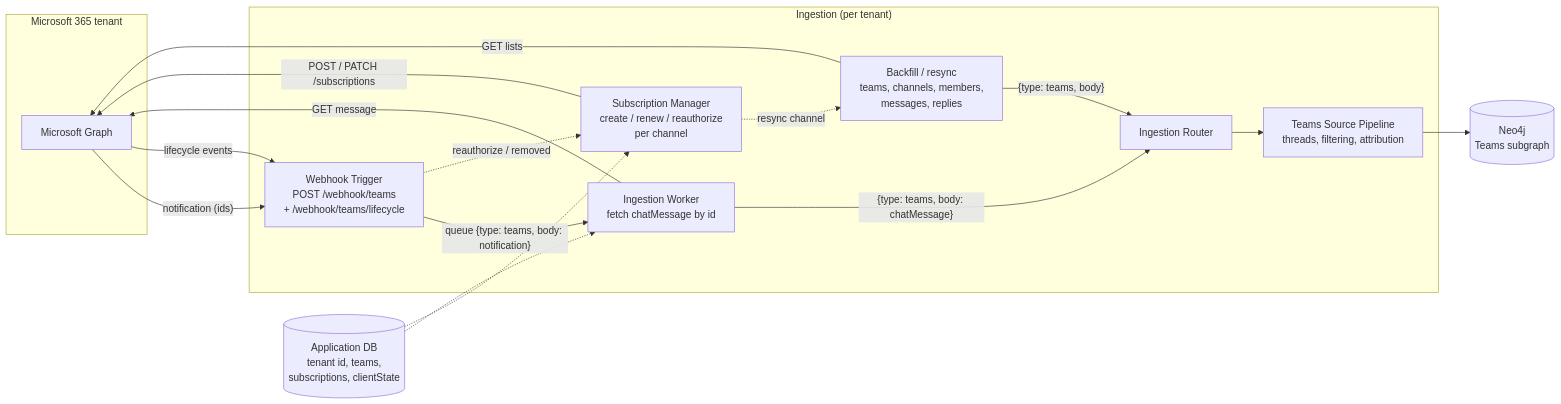
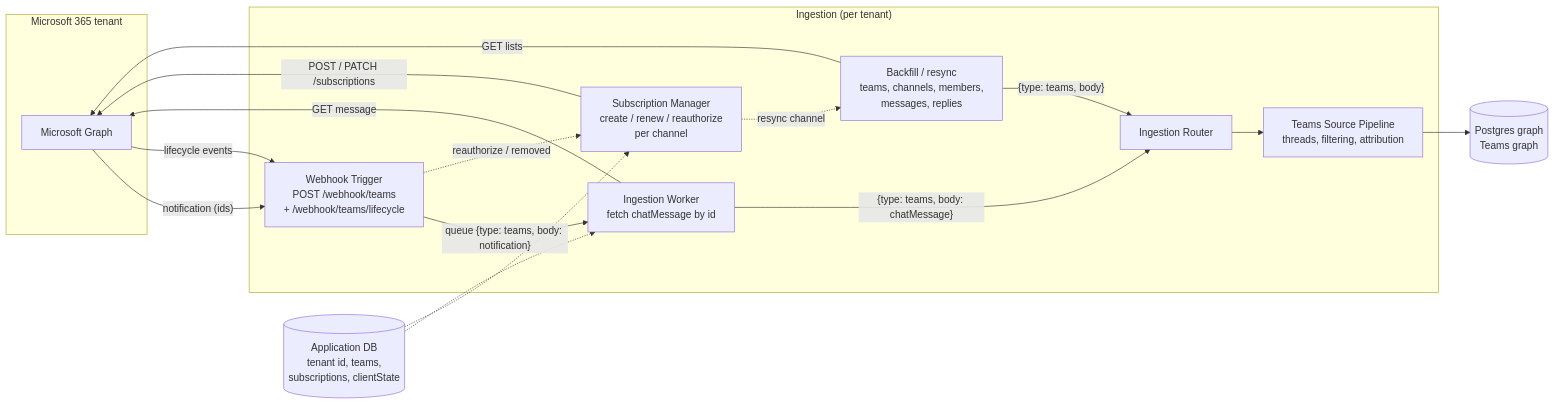
Before and after one commit to cbu-capstone-design-27/ember: the diagram in docs/ingestion/teams.md, drawn with Mermaid. The commit also changed other lines of this file and 19 other files, not shown here.

First line of the commit message:
EMBER-169: docs describe Postgres as the only graph store; ADR 0013

````diff
--- a/docs/ingestion/teams.md
+++ b/docs/ingestion/teams.md
@@ -263,30 +263,30 @@
 ```mermaid
 flowchart LR
     subgraph M365["Microsoft 365 tenant"]
         G[Microsoft Graph]
     end
     subgraph Ingest["Ingestion (per tenant)"]
         RX["Webhook Trigger<br/>POST /webhook/teams<br/>+ /webhook/teams/lifecycle"]
         SM["Subscription Manager<br/>create / renew / reauthorize<br/>per channel"]
         W["Ingestion Worker<br/>fetch chatMessage by id"]
         BF["Backfill / resync<br/>teams, channels, members,<br/>messages, replies"]
         RT["Ingestion Router"]
         SP["Teams Source Pipeline<br/>threads, filtering, attribution"]
     end
-    KG[(Neo4j<br/>Teams subgraph)]
+    KG[(Postgres graph<br/>Teams graph)]
     CFG[(Application DB<br/>tenant id, teams,<br/>subscriptions, clientState)]
 
     G -- "notification (ids)" --> RX
     G -- "lifecycle events" --> RX
     RX -- "queue {type: teams, body: notification}" --> W
     W -- "GET message" --> G
     W -- "{type: teams, body: chatMessage}" --> RT
     SM -- "POST / PATCH /subscriptions" --> G
     RX -. "reauthorize / removed" .-> SM
     SM -. "resync channel" .-> BF
     BF -- "GET lists" --> G
     BF -- "{type: teams, body}" --> RT
     RT --> SP --> KG
     CFG -.-> SM
     CFG -.-> W
 ```
````
